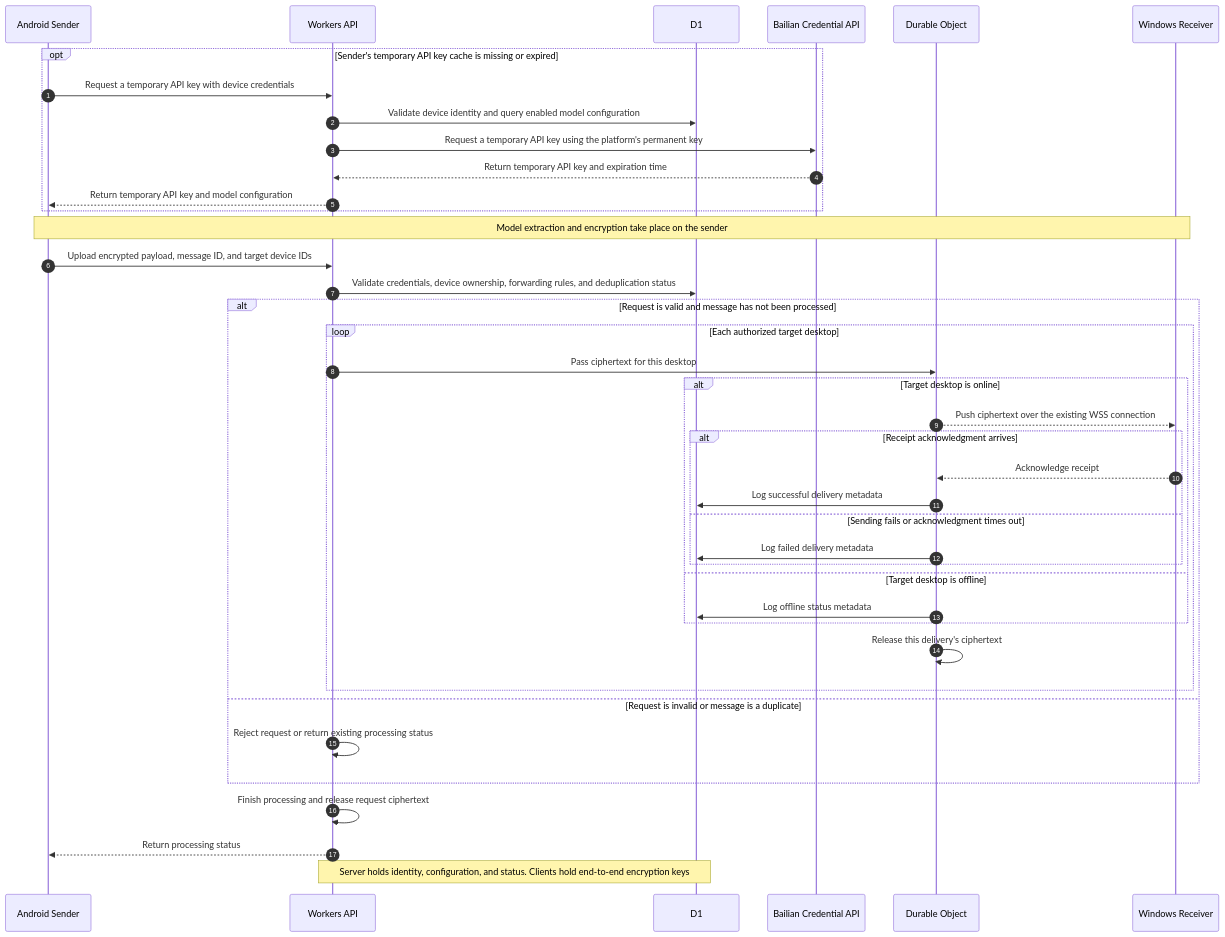
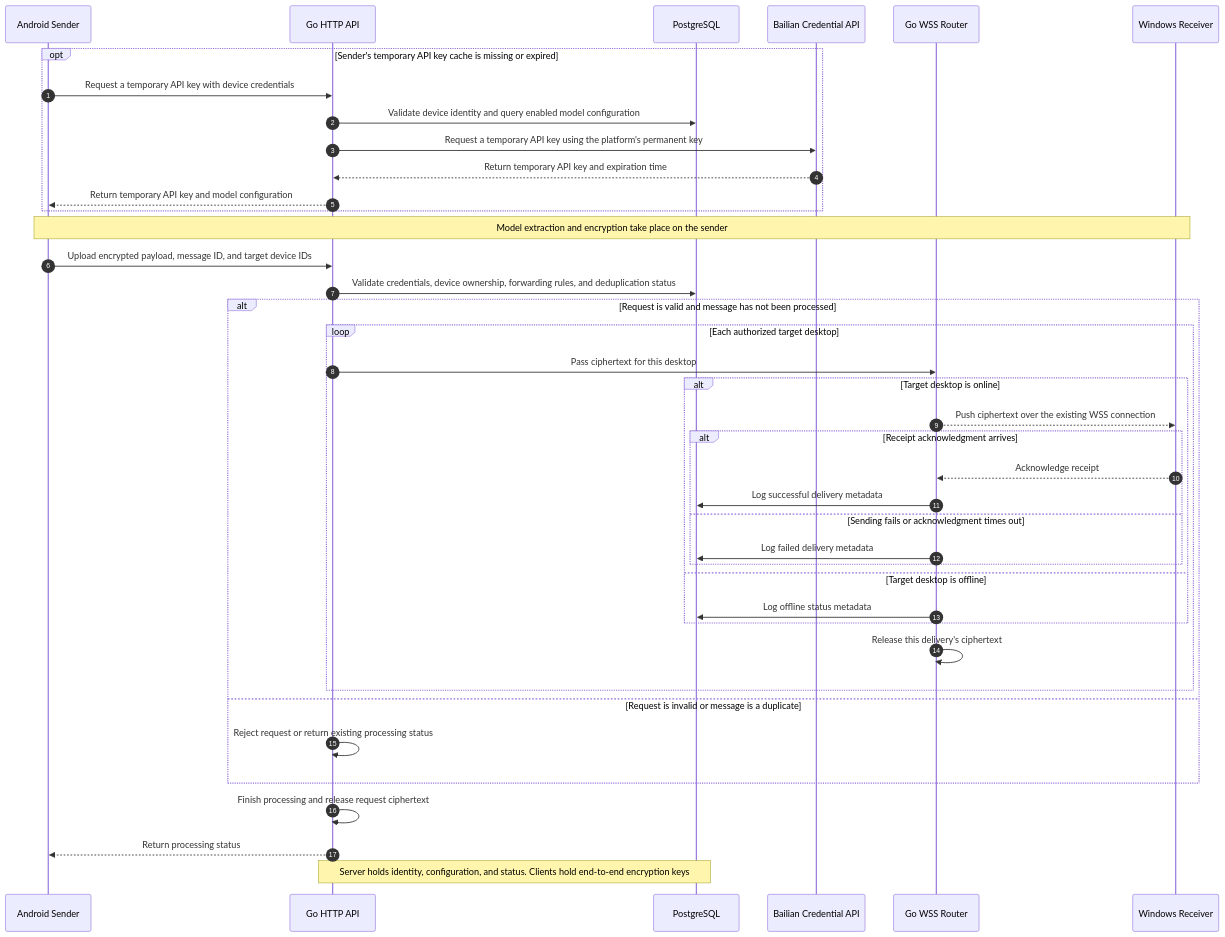
One commit to BuddyLabsCo/pin-glide-service changed the third of 4 diagrams in docs/drafts/pin-glide-tech-overview.md. Above: the diagram before and after it, drawn with Mermaid. The commit also changed other lines of this file and 3 other files, not shown here.

````diff
--- a/docs/drafts/pin-glide-tech-overview.md
+++ b/docs/drafts/pin-glide-tech-overview.md
@@ -121,43 +121,43 @@
 ```mermaid
 sequenceDiagram
     autonumber
     participant A as Android Sender
-    participant W as Workers API
-    participant DB as D1
+    participant W as Go HTTP API
+    participant DB as PostgreSQL
     participant L as Bailian Credential API
-    participant B as Durable Object
+    participant B as Go WSS Router
     participant D as Windows Receiver
 
     opt Sender's temporary API key cache is missing or expired
         A->>W: Request a temporary API key with device credentials
         W->>DB: Validate device identity and query enabled model configuration
         W->>L: Request a temporary API key using the platform's permanent key
         L-->>W: Return temporary API key and expiration time
         W-->>A: Return temporary API key and model configuration
     end
     Note over A,D: Model extraction and encryption take place on the sender
     A->>W: Upload encrypted payload, message ID, and target device IDs
     W->>DB: Validate credentials, device ownership, forwarding rules, and deduplication status
     alt Request is valid and message has not been processed
         loop Each authorized target desktop
             W->>B: Pass ciphertext for this desktop
             alt Target desktop is online
                 B-->>D: Push ciphertext over the existing WSS connection
                 alt Receipt acknowledgment arrives
                     D-->>B: Acknowledge receipt
                     B->>DB: Log successful delivery metadata
                 else Sending fails or acknowledgment times out
                     B->>DB: Log failed delivery metadata
                 end
             else Target desktop is offline
                 B->>DB: Log offline status metadata
             end
             B->>B: Release this delivery's ciphertext
         end
     else Request is invalid or message is a duplicate
         W->>W: Reject request or return existing processing status
     end
     W->>W: Finish processing and release request ciphertext
     W-->>A: Return processing status
     Note over W,DB: Server holds identity, configuration, and status. Clients hold end-to-end encryption keys
 ```
````
